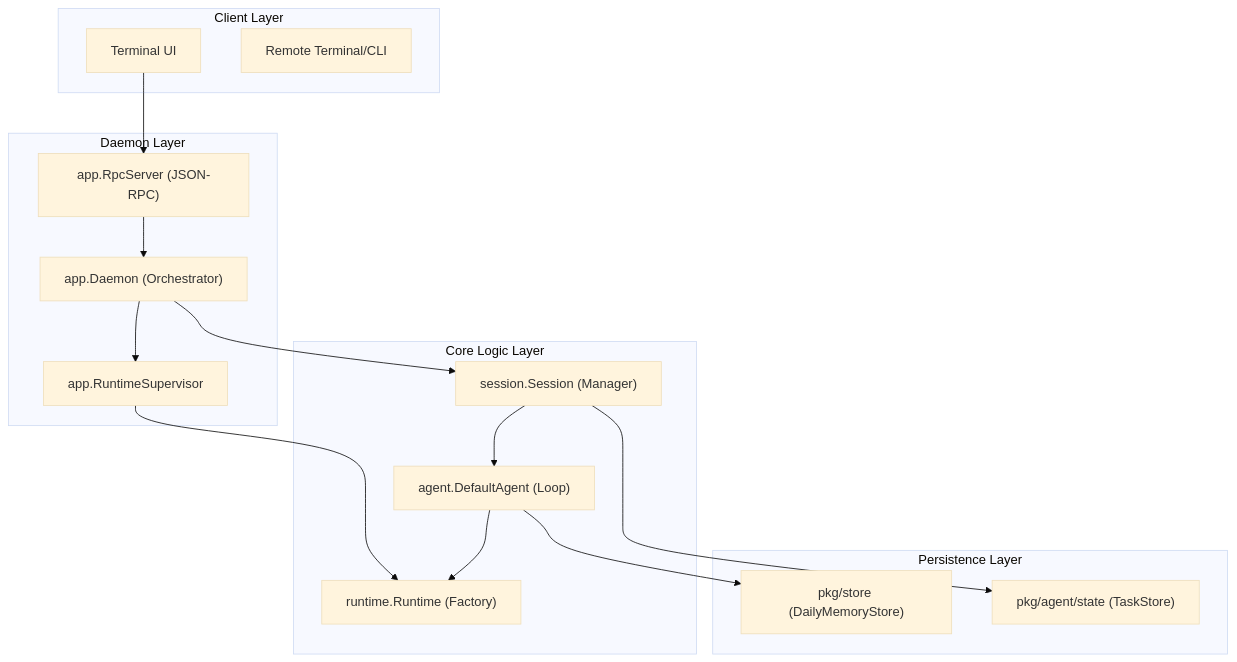
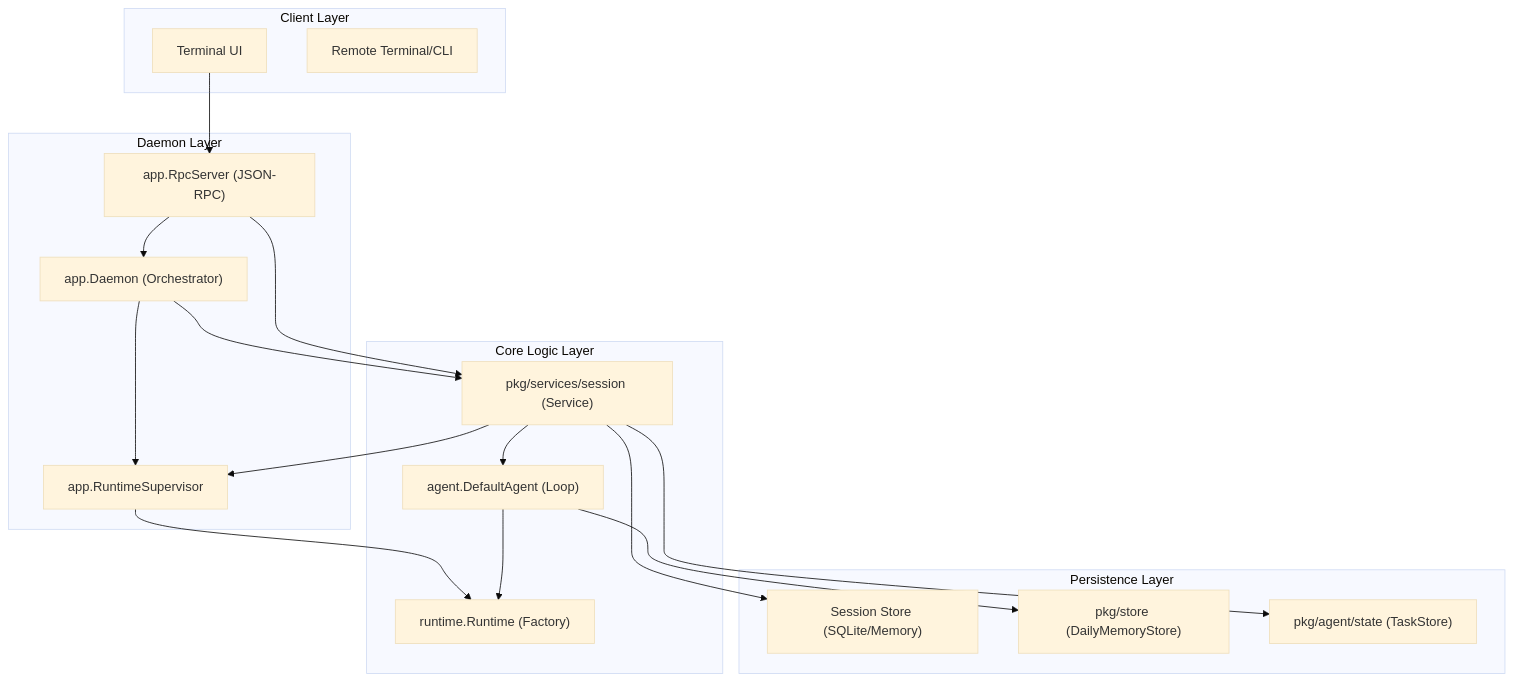
One commit to tinoosan/agen8 changed the first of 3 diagrams in workbench-core/docs/architecture/system-overview.md. Above: the diagram before and after it, drawn with Mermaid (base theme). The commit also changed other lines of this file and 19 other files, not shown here.

Commit message:
refactor: Integrate session management service into daemon and RPC components, ensuring all session and run data is accessed through the new service. Update documentation to reflect architectural changes and enhance clarity on session lifecycle management.

````diff
--- a/workbench-core/docs/architecture/system-overview.md
+++ b/workbench-core/docs/architecture/system-overview.md
@@ -7,34 +7,38 @@
 ```mermaid
 graph TB
     subgraph ClientLayer [Client Layer]
         TUI["Terminal UI"]
         Terminal["Remote Terminal/CLI"]
     end
 
     subgraph DaemonLayer [Daemon Layer]
         Daemon["app.Daemon (Orchestrator)"]
         RPC["app.RpcServer (JSON-RPC)"]
         Supervisor["app.RuntimeSupervisor"]
     end
 
     subgraph CoreLayer [Core Logic Layer]
-        Session["session.Session (Manager)"]
+        SessionSvc["pkg/services/session (Service)"]
         Agent["agent.DefaultAgent (Loop)"]
         Runtime["runtime.Runtime (Factory)"]
     end
 
     subgraph PersistenceLayer [Persistence Layer]
+        SessionStore["Session Store (SQLite/Memory)"]
         Store["pkg/store (DailyMemoryStore)"]
         TaskStore["pkg/agent/state (TaskStore)"]
     end
 
     TUI --> RPC
     RPC --> Daemon
     Daemon --> Supervisor
     Supervisor --> Runtime
-    Daemon --> Session
-    Session --> Agent
+    Daemon --> SessionSvc
+    RPC --> SessionSvc
+    SessionSvc --> SessionStore
+    SessionSvc --> Supervisor
+    SessionSvc --> Agent
     Agent --> Runtime
-    Session --> TaskStore
+    SessionSvc --> TaskStore
     Agent --> Store
 ```
````
